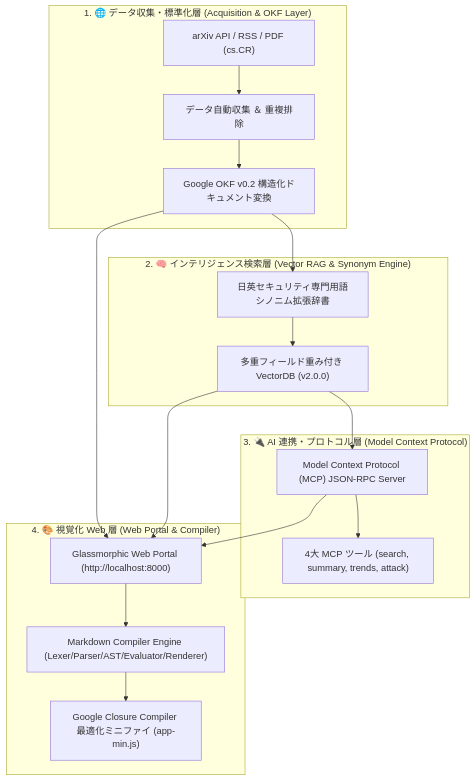
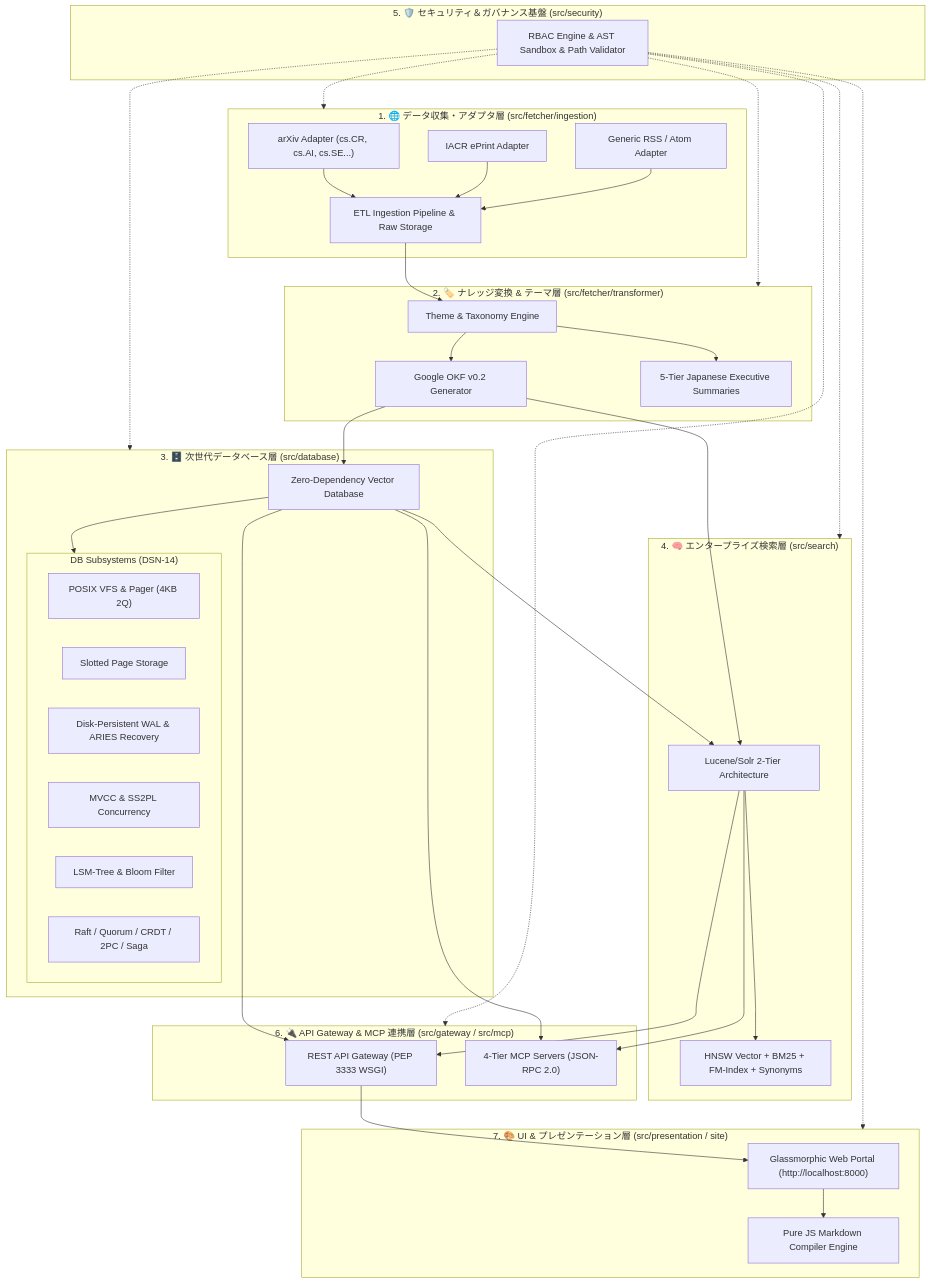
Before and after one commit to rokujyouhitoma/arxiv-security-papers: the second of 2 diagrams in docs/designs/DSN-01-high_level_design.md, drawn with Mermaid. The commit also changed other lines of this file and 14 other files, not shown here.

Commit message:
feat(fetcher): implement pluggable source adapters and multi-theme pipeline (ID: 057)

````diff
--- a/docs/designs/DSN-01-high_level_design.md
+++ b/docs/designs/DSN-01-high_level_design.md
@@ -27,23 +30,49 @@
 ```mermaid
 flowchart TD
-    subgraph Layer1 ["1. 🌐 データ収集・標準化層 (Acquisition & OKF Layer)"]
-        S1["arXiv API / RSS / PDF (cs.CR)"] --> P1["データ自動収集 ＆ 重複排除"]
-        P1 --> P2["Google OKF v0.2 構造化ドキュメント変換"]
+    subgraph S1 ["1. 🌐 データ収集・アダプタ層 (src/fetcher/ingestion)"]
+        S_arXiv["arXiv Adapter (cs.CR, cs.AI, cs.SE...)"]
+        S_IACR["IACR ePrint Adapter"]
+        S_RSS["Generic RSS / Atom Adapter"]
+        S_arXiv & S_IACR & S_RSS --> IngestEngine["ETL Ingestion Pipeline & Raw Storage"]
     end
 
-    subgraph Layer2 ["2. 🧠 インテリジェンス検索層 (Vector RAG & Synonym Engine)"]
-        P2 --> S2["日英セキュリティ専門用語シノニム拡張辞書"]
-        S2 --> S3["多重フィールド重み付き VectorDB (v2.0.0)"]
+    subgraph S2 ["2. 🏷️ ナレッジ変換 & テーマ層 (src/fetcher/transformer)"]
+        IngestEngine --> TransEngine["Theme & Taxonomy Engine"]
+        TransEngine --> OKFGen["Google OKF v0.2 Generator"]
+        TransEngine --> SumGen["5-Tier Japanese Executive Summaries"]
     end
 
-    subgraph Layer3 ["3. 🔌 AI 連携・プロトコル層 (Model Context Protocol)"]
-        S3 --> M1["Model Context Protocol (MCP) JSON-RPC Server"]
-        M1 --> M2["4大 MCP ツール (search, summary, trends, attack)"]
+    subgraph S3 ["3. 🗄️ 次世代データベース層 (src/database)"]
+        OKFGen --> DB_Engine["Zero-Dependency Vector Database"]
+        subgraph DB_Details ["DB Subsystems (DSN-14)"]
+            VFS["POSIX VFS & Pager (4KB 2Q)"]
+            Slotted["Slotted Page Storage"]
+            WAL["Disk-Persistent WAL & ARIES Recovery"]
+            MVCC["MVCC & SS2PL Concurrency"]
+            LSM["LSM-Tree & Bloom Filter"]
+            Dist["Raft / Quorum / CRDT / 2PC / Saga"]
+        end
+        DB_Engine --> DB_Details
     end
 
-    subgraph Layer4 ["4. 🎨 視覚化 Web 層 (Web Portal & Compiler)"]
-        P2 & S3 & M1 --> W1["Glassmorphic Web Portal (http://localhost:8000)"]
-        W1 --> W2["Markdown Compiler Engine (Lexer/Parser/AST/Evaluator/Renderer)"]
-        W2 --> W3["Google Closure Compiler 最適化ミニファイ (app-min.js)"]
+    subgraph S4 ["4. 🧠 エンタープライズ検索層 (src/search)"]
+        OKFGen & DB_Engine --> SearchEngine["Lucene/Solr 2-Tier Architecture"]
+        SearchEngine --> Hybrid["HNSW Vector + BM25 + FM-Index + Synonyms"]
     end
+
+    subgraph S5 ["5. 🛡️ セキュリティ＆ガバナンス基盤 (src/security)"]
+        SecGuard["RBAC Engine & AST Sandbox & Path Validator"]
+    end
+
+    subgraph S6 ["6. 🔌 API Gateway & MCP 連携層 (src/gateway / src/mcp)"]
+        SearchEngine & DB_Engine --> Gateway["REST API Gateway (PEP 3333 WSGI)"]
+        SearchEngine & DB_Engine --> MCPServers["4-Tier MCP Servers (JSON-RPC 2.0)"]
+    end
+
+    subgraph S7 ["7. 🎨 UI & プレゼンテーション層 (src/presentation / site)"]
+        Gateway --> WebPortal["Glassmorphic Web Portal (http://localhost:8000)"]
+        WebPortal --> MDCompiler["Pure JS Markdown Compiler Engine"]
+    end
+
+    SecGuard -.-> S1 & S2 & S3 & S4 & S6 & S7
 ```
````
